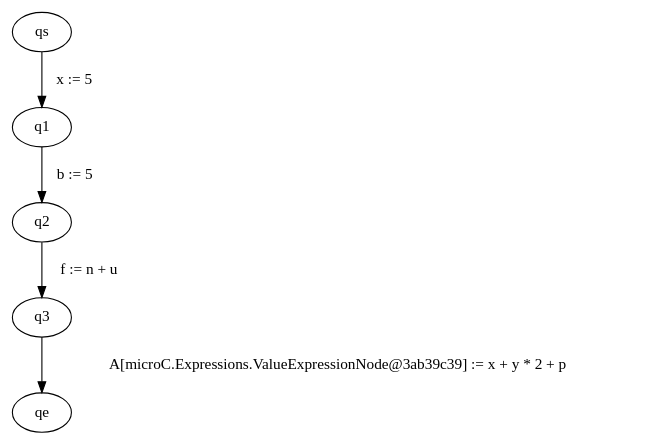
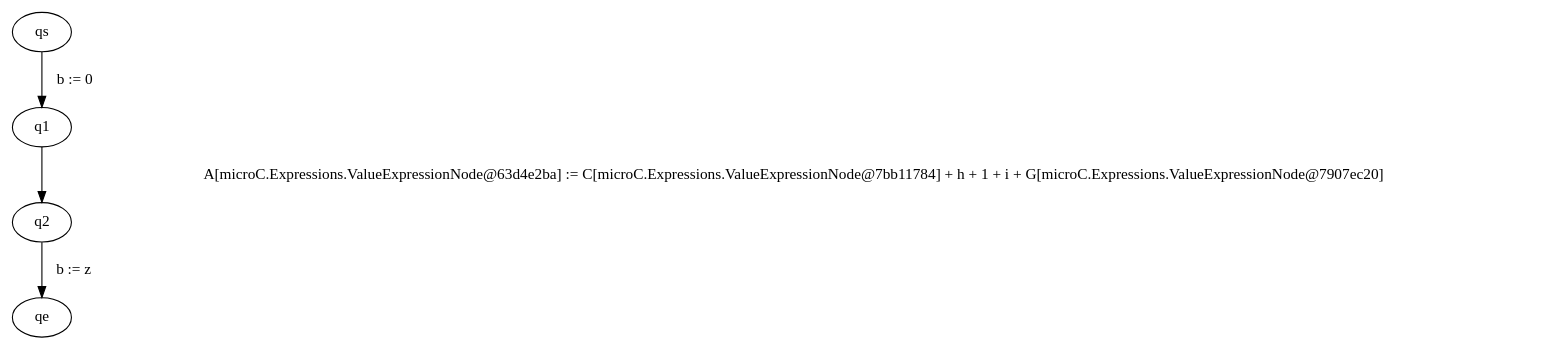
One commit to FloKes/ProgramAnalysis changed the diagram in src/main/java/graphviz/input.dot. Above: the diagram before and after it, drawn with Graphviz. The commit also changed 5 other files, not shown here.

```diff
--- a/src/main/java/graphviz/input.dot
+++ b/src/main/java/graphviz/input.dot
@@ -1,6 +1,5 @@
 digraph ProgramGraph{
-"qs" -> "q1" [label="  x := 5   "] 
-"q1" -> "q2" [label="  b := 5   "] 
-"q2" -> "q3" [label="  f := n + u   "] 
-"q3" -> "qe" [label="  A[microC.Expressions.ValueExpressionNode@3ab39c39] := x + y * 2 + p   "] 
+"qs" -> "q1" [label="  b := 0   "] 
+"q1" -> "q2" [label="  A[microC.Expressions.ValueExpressionNode@63d4e2ba] := C[microC.Expressions.ValueExpressionNode@7bb11784] + h + 1 + i + G[microC.Expressions.ValueExpressionNode@7907ec20]   "] 
+"q2" -> "qe" [label="  b := z   "] 
 }
```
